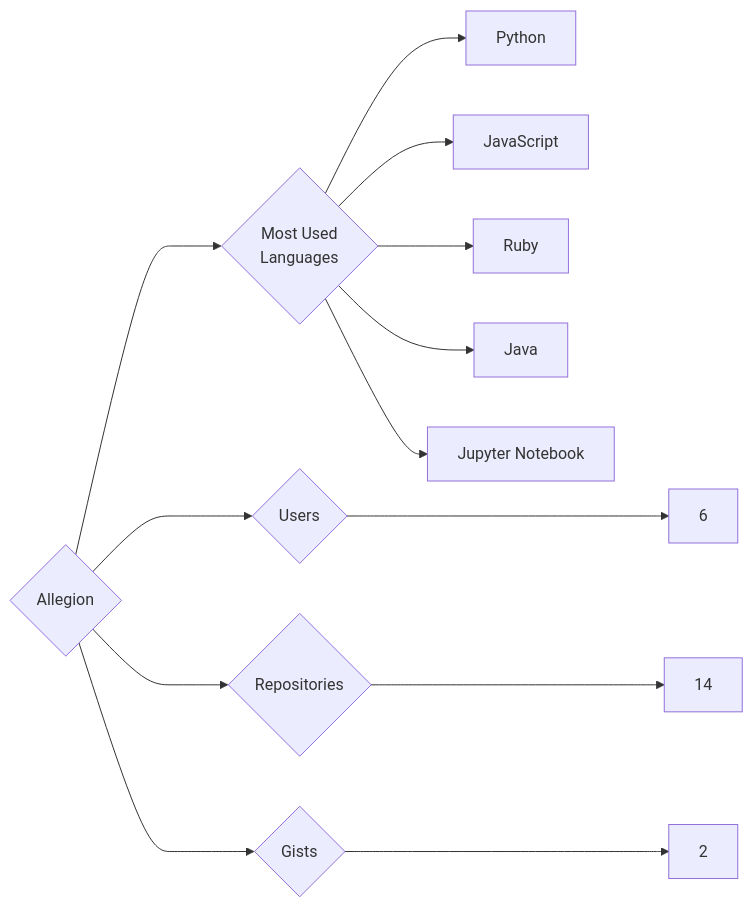
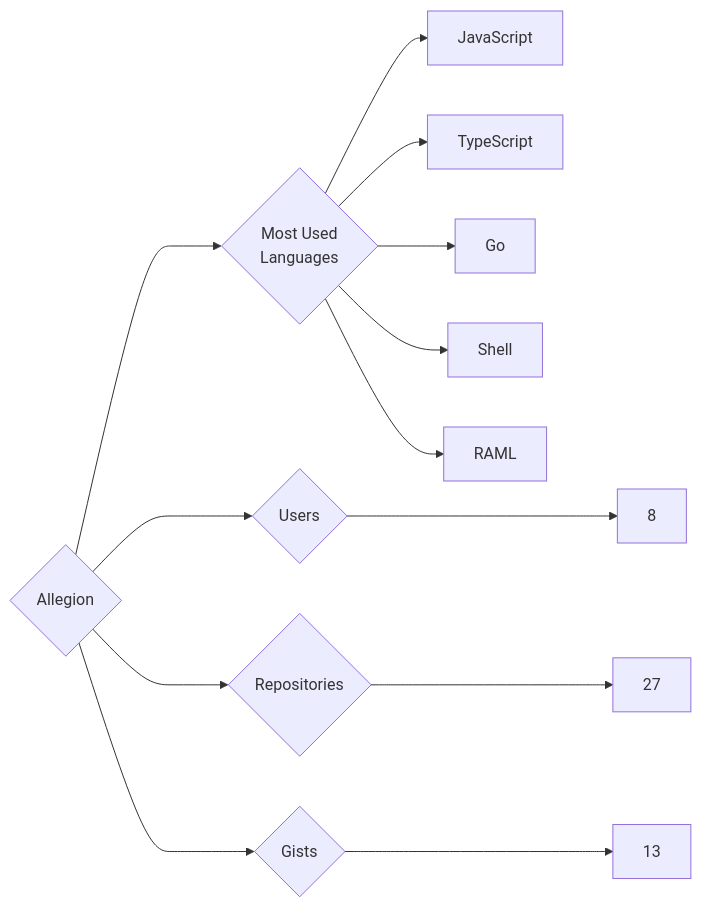
Before and after one commit to trickest/insiders: the diagram in targets/Allegion/README.md, drawn with Mermaid. The commit also changed 1212 other files, not shown here.

````diff
--- a/targets/Allegion/README.md
+++ b/targets/Allegion/README.md
@@ -3,13 +3,13 @@
 ```mermaid
 graph LR
 COMPANY_NAME{Allegion}
-COMPANY_NAME ---> U{Users} ---> UN[6]
-COMPANY_NAME ---> R{Repositories} ---> RN[14]
-COMPANY_NAME ---> G{Gists} ---> GN[2]
+COMPANY_NAME ---> U{Users} ---> UN[8]
+COMPANY_NAME ---> R{Repositories} ---> RN[27]
+COMPANY_NAME ---> G{Gists} ---> GN[13]
 COMPANY_NAME ---> ML{Most Used<br>Languages}
-ML --> Python[Python]
 ML --> JavaScript[JavaScript]
-ML --> Ruby[Ruby]
-ML --> Java[Java]
-ML --> Jupyter_Notebook[Jupyter Notebook]
+ML --> TypeScript[TypeScript]
+ML --> Go[Go]
+ML --> Shell[Shell]
+ML --> RAML[RAML]
 ```
````
